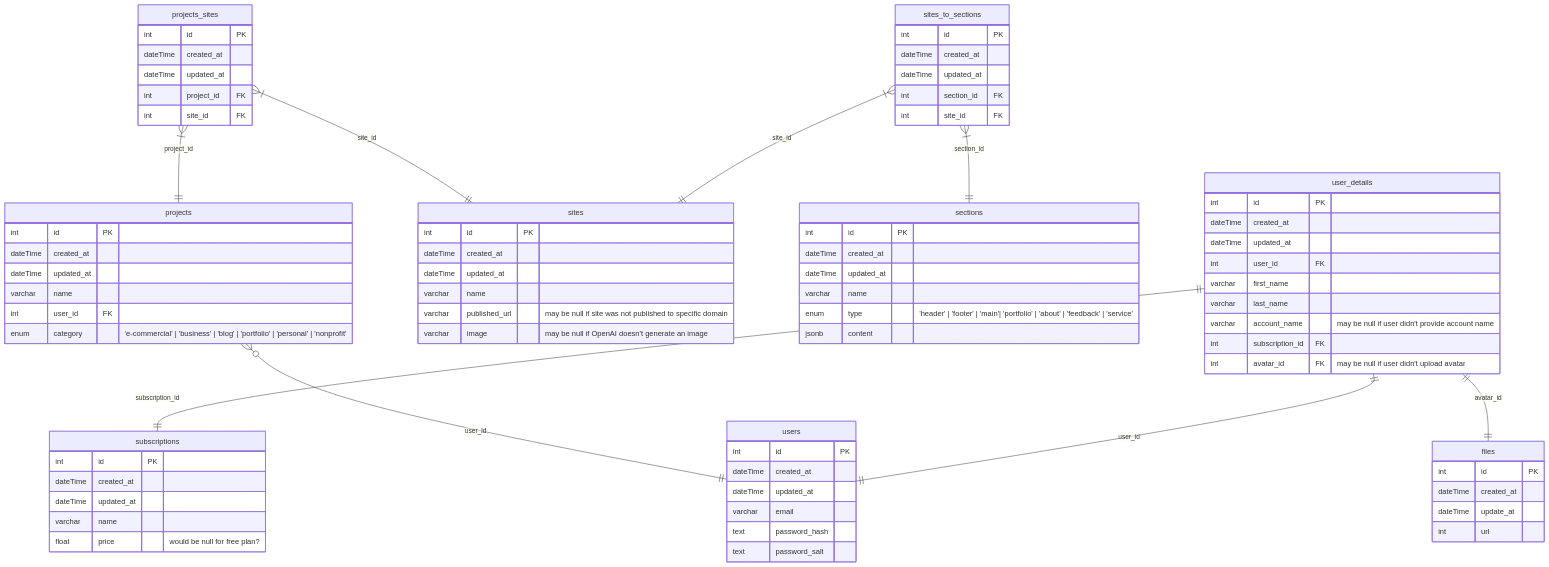
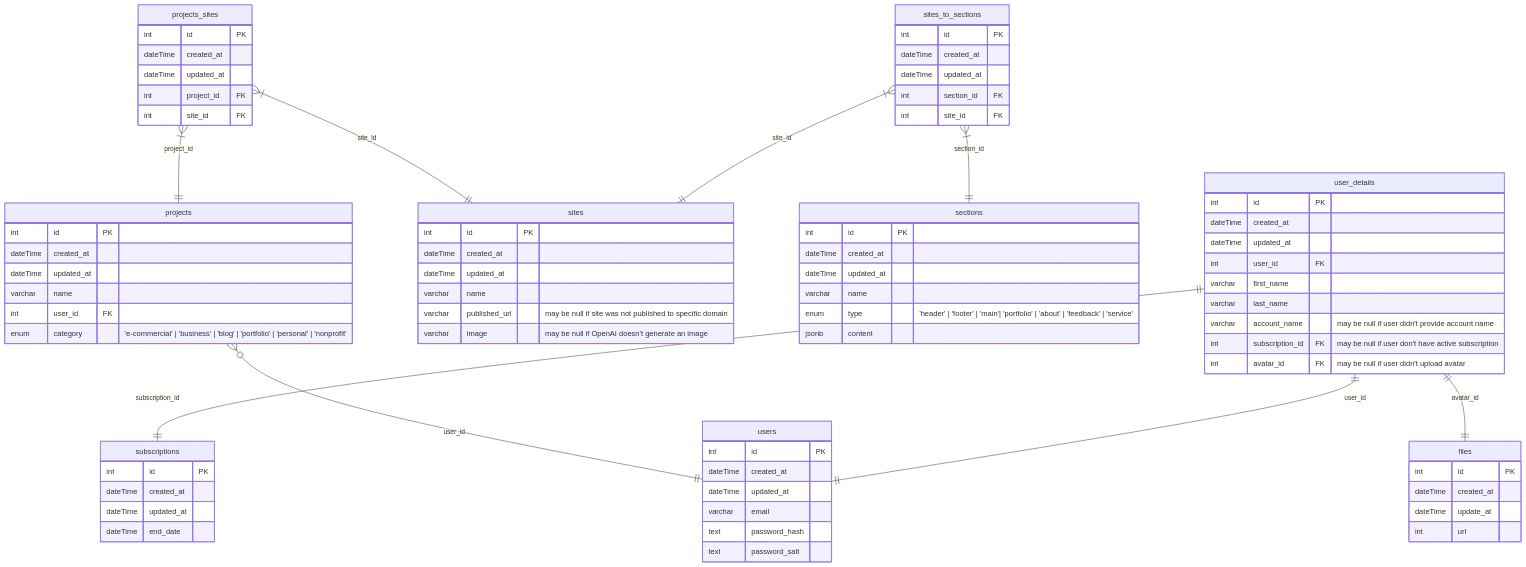
Before and after one commit to BinaryStudioAcademy/bsa-winter-2022-2023-simpleland: the diagram in readme.md, drawn with Mermaid. The commit also changed 1 other file, not shown here.

Commit message:
sl-100: * er diagram and swagger

```diff
--- a/readme.md
+++ b/readme.md
@@ -64,7 +64,7 @@
     varchar first_name
     varchar last_name
     varchar account_name "may be null if user didn't provide account name"
-    int subscription_id FK
+    int subscription_id FK "may be null if user don't have active subscription"
     int avatar_id FK "may be null if user didn't upload avatar"
   }
 
@@ -120,8 +120,7 @@
     int id PK
     dateTime created_at
     dateTime updated_at
-    varchar name
-    float price "would be null for free plan?"
+    dateTime end_date
   }
 
   files {
```
